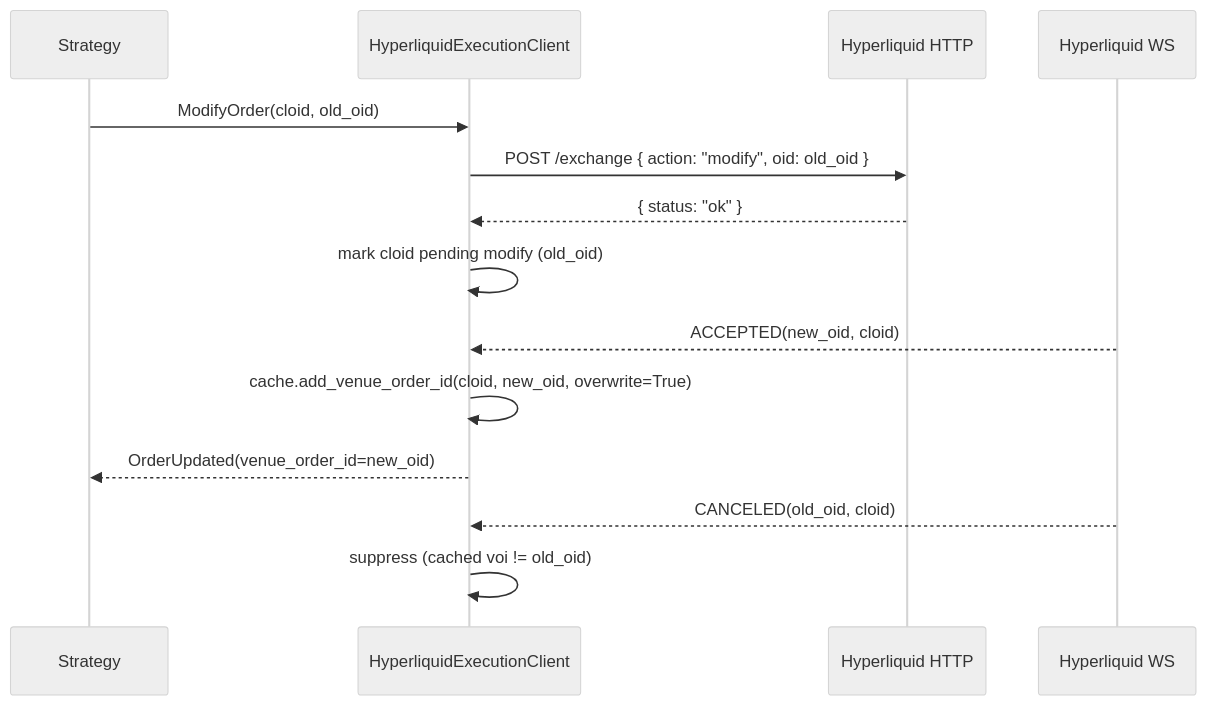
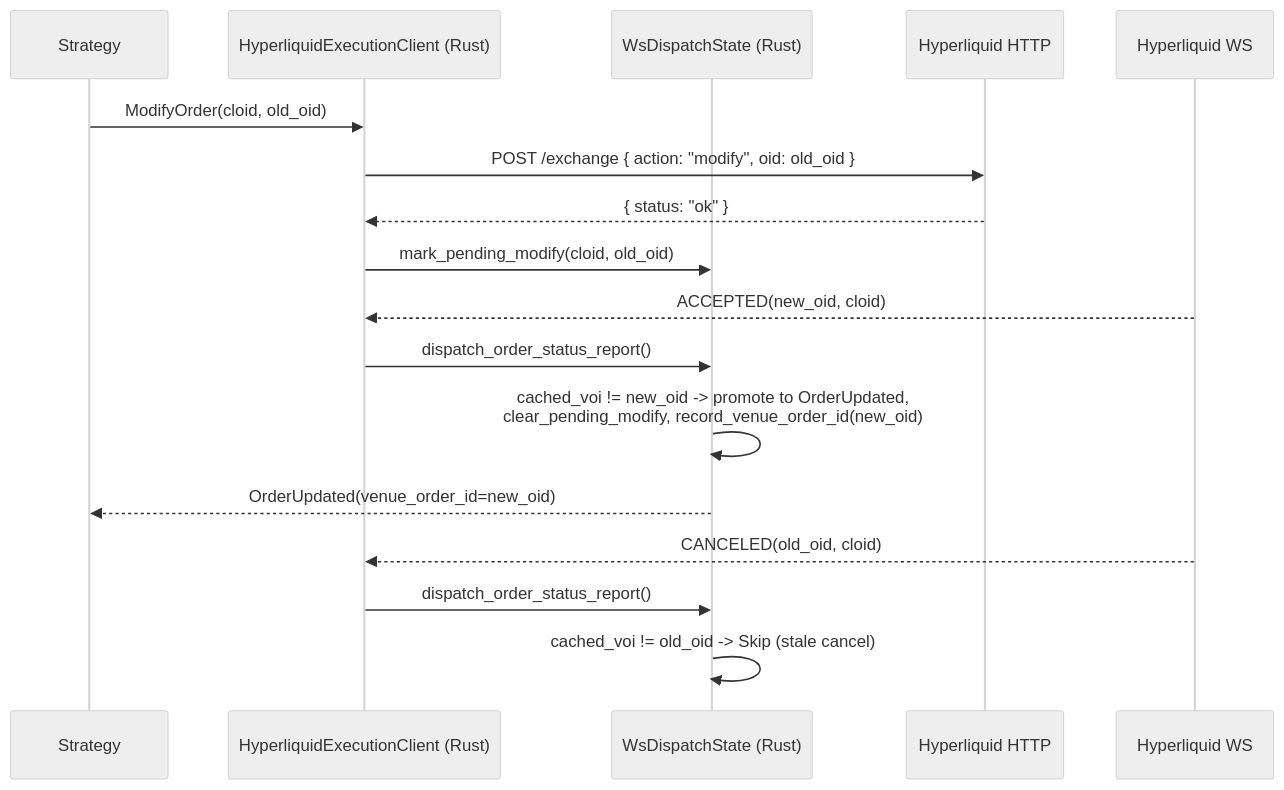
Before and after one commit to shr-go/nautilus_trader: the diagram in docs/integrations/hyperliquid.md, drawn with Mermaid (neutral theme). The commit also changed other lines of this file and 5 other files, not shown here.

First line of the commit message:
Refine Hyperliquid WebSocket execution dispatch

````diff
--- a/docs/integrations/hyperliquid.md
+++ b/docs/integrations/hyperliquid.md
@@ -442,17 +457,20 @@
 ```mermaid
 sequenceDiagram
     participant Strategy
-    participant ExecClient as HyperliquidExecutionClient
+    participant ExecClient as HyperliquidExecutionClient (Rust)
+    participant Dispatch as WsDispatchState (Rust)
     participant HTTP as Hyperliquid HTTP
     participant WS as Hyperliquid WS
 
     Strategy->>ExecClient: ModifyOrder(cloid, old_oid)
     ExecClient->>HTTP: POST /exchange { action: "modify", oid: old_oid }
     HTTP-->>ExecClient: { status: "ok" }
-    ExecClient->>ExecClient: mark cloid pending modify (old_oid)
+    ExecClient->>Dispatch: mark_pending_modify(cloid, old_oid)
     WS-->>ExecClient: ACCEPTED(new_oid, cloid)
-    ExecClient->>ExecClient: cache.add_venue_order_id(cloid, new_oid, overwrite=True)
-    ExecClient-->>Strategy: OrderUpdated(venue_order_id=new_oid)
+    ExecClient->>Dispatch: dispatch_order_status_report()
+    Dispatch->>Dispatch: cached_voi != new_oid -> promote to OrderUpdated,<br/>clear_pending_modify, record_venue_order_id(new_oid)
+    Dispatch-->>Strategy: OrderUpdated(venue_order_id=new_oid)
     WS-->>ExecClient: CANCELED(old_oid, cloid)
-    ExecClient->>ExecClient: suppress (cached voi != old_oid)
+    ExecClient->>Dispatch: dispatch_order_status_report()
+    Dispatch->>Dispatch: cached_voi != old_oid -> Skip (stale cancel)
 ```
````
